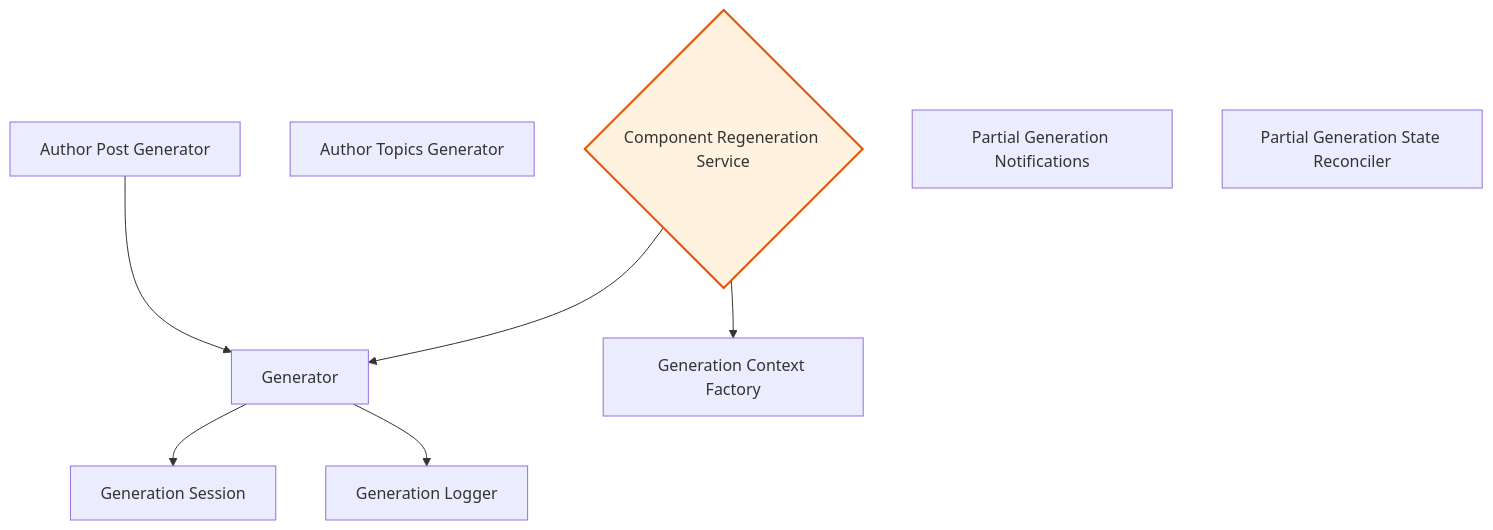
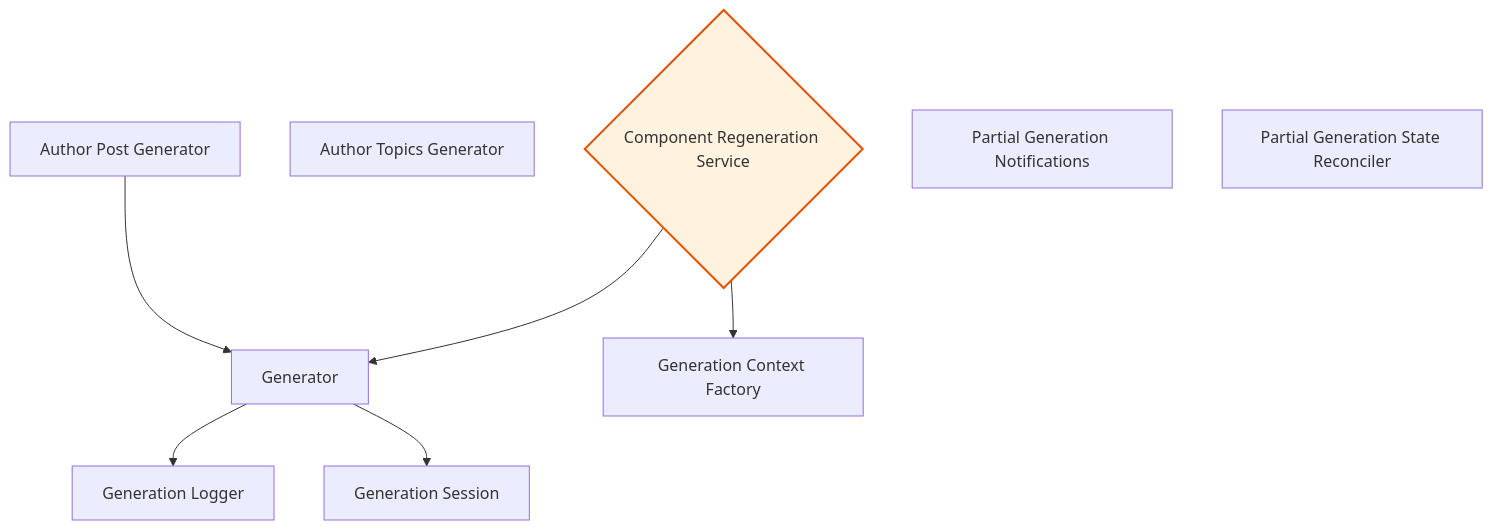
The second of 10 diagrams in docs/feature-report.md (rpnunez/wp-ai-scheduler), drawn with Mermaid before and after one commit. The commit also changed other lines of this file and 1 other file, not shown here.

````diff
--- a/docs/feature-report.md
+++ b/docs/feature-report.md
@@ -104,25 +104,25 @@
 ```mermaid
 flowchart TD
     %% Core Generation Architecture
 
     Author_Post_Generator["Author Post Generator"]
     Author_Topics_Generator["Author Topics Generator"]
     Component_Regeneration_Service{"Component Regeneration Service"}
     Generation_Context_Factory["Generation Context Factory"]
     Generation_Logger["Generation Logger"]
     Generation_Session["Generation Session"]
     Generator["Generator"]
     Partial_Generation_Notifications["Partial Generation Notifications"]
     Partial_Generation_State_Reconciler["Partial Generation State Reconciler"]
 
     Author_Post_Generator --> Generator
     Component_Regeneration_Service --> Generator
     Component_Regeneration_Service --> Generation_Context_Factory
+    Generator --> Generation_Logger
     Generator --> Generation_Session
-    Generator --> Generation_Logger
 
     classDef repository fill:#e1f5ff,stroke:#01579b,stroke-width:2px
     classDef service fill:#fff3e0,stroke:#e65100,stroke-width:2px
     classDef controller fill:#f3e5f5,stroke:#4a148c,stroke-width:2px
     class Component_Regeneration_Service service
 ```
````
